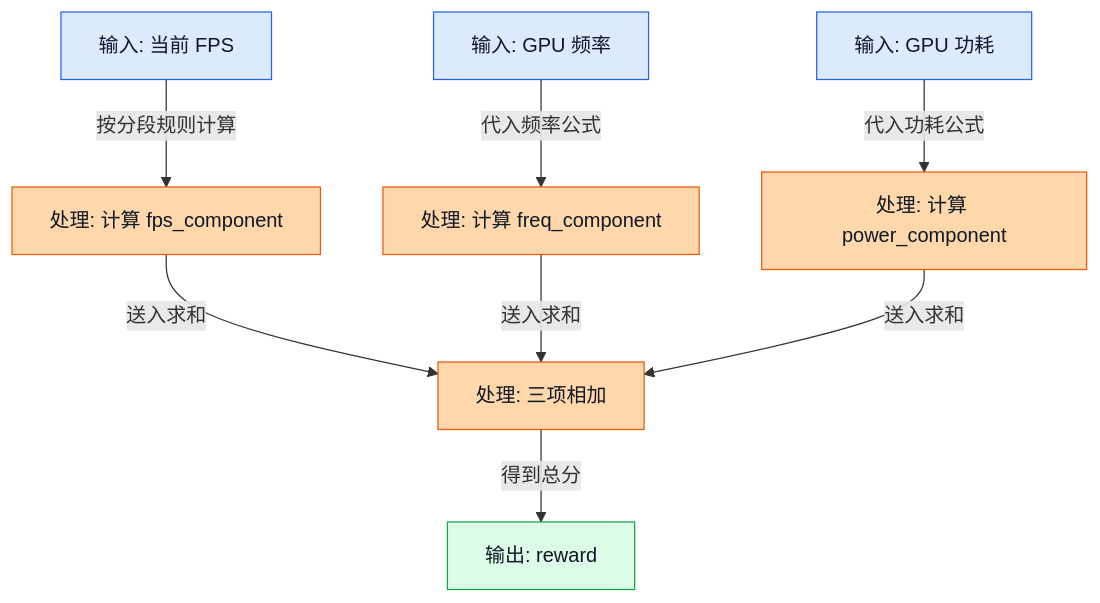
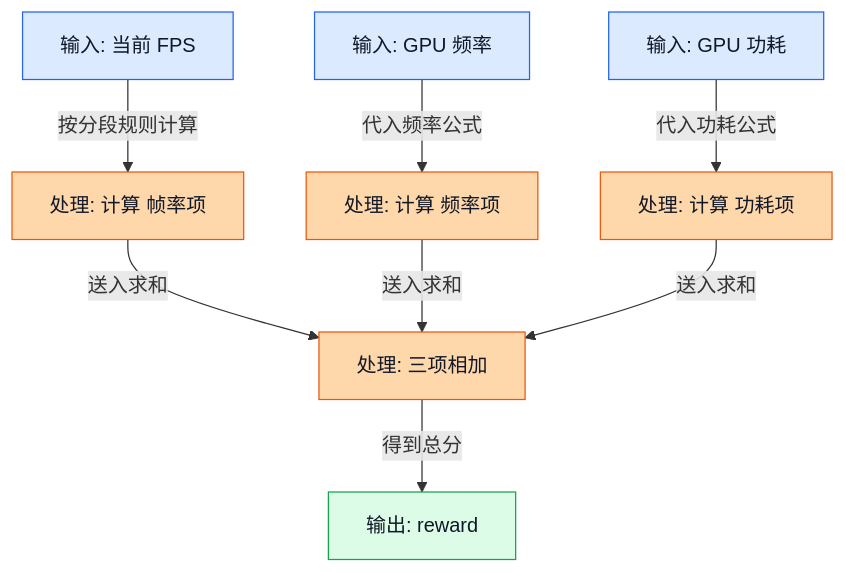
One commit to Mrphase/RL-Doc changed the fifth of 7 diagrams in learn/15_CQL.md. Above: the diagram before and after it, drawn with Mermaid. The commit also changed other lines of this file and 14 other files, not shown here.

First line of the commit message:
fix: clean mermaid labels in learn docs

````diff
--- a/learn/15_CQL.md
+++ b/learn/15_CQL.md
@@ -571,18 +571,18 @@
 ```mermaid
 flowchart TD
-    A[输入: 当前 FPS] -->|按分段规则计算| D[处理: 计算 fps_component]
-    B[输入: GPU 频率] -->|代入频率公式| E[处理: 计算 freq_component]
-    C[输入: GPU 功耗] -->|代入功耗公式| F[处理: 计算 power_component]
+    A[输入: 当前 FPS] -->|按分段规则计算| D[处理: 计算 帧率项]
+    B[输入: GPU 频率] -->|代入频率公式| E[处理: 计算 频率项]
+    C[输入: GPU 功耗] -->|代入功耗公式| F[处理: 计算 功耗项]
     D -->|送入求和| G[处理: 三项相加]
     E -->|送入求和| G
     F -->|送入求和| G
     G -->|得到总分| H[输出: reward]
 
     classDef input fill:#dbeafe,stroke:#2563eb,color:#111827;
     classDef process fill:#fed7aa,stroke:#ea580c,color:#111827;
     classDef output fill:#dcfce7,stroke:#16a34a,color:#111827;
 
     class A,B,C input;
     class D,E,F,G process;
     class H output;
 ```
````
